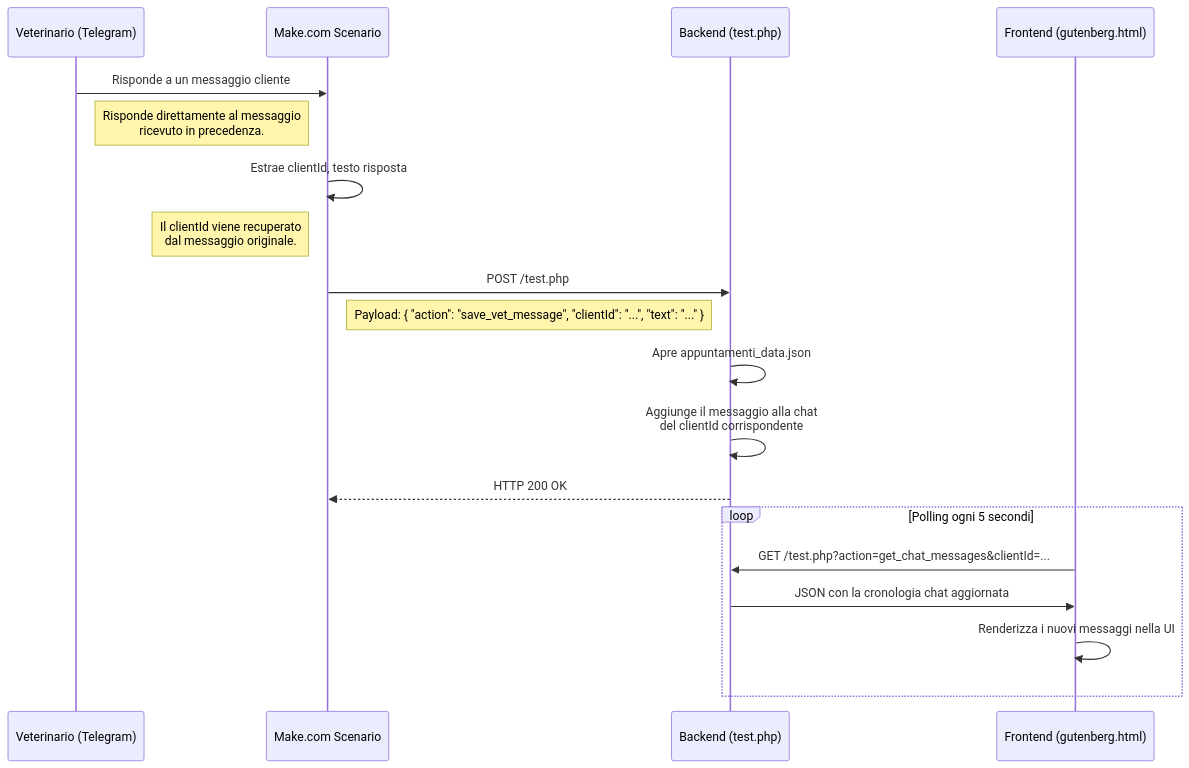
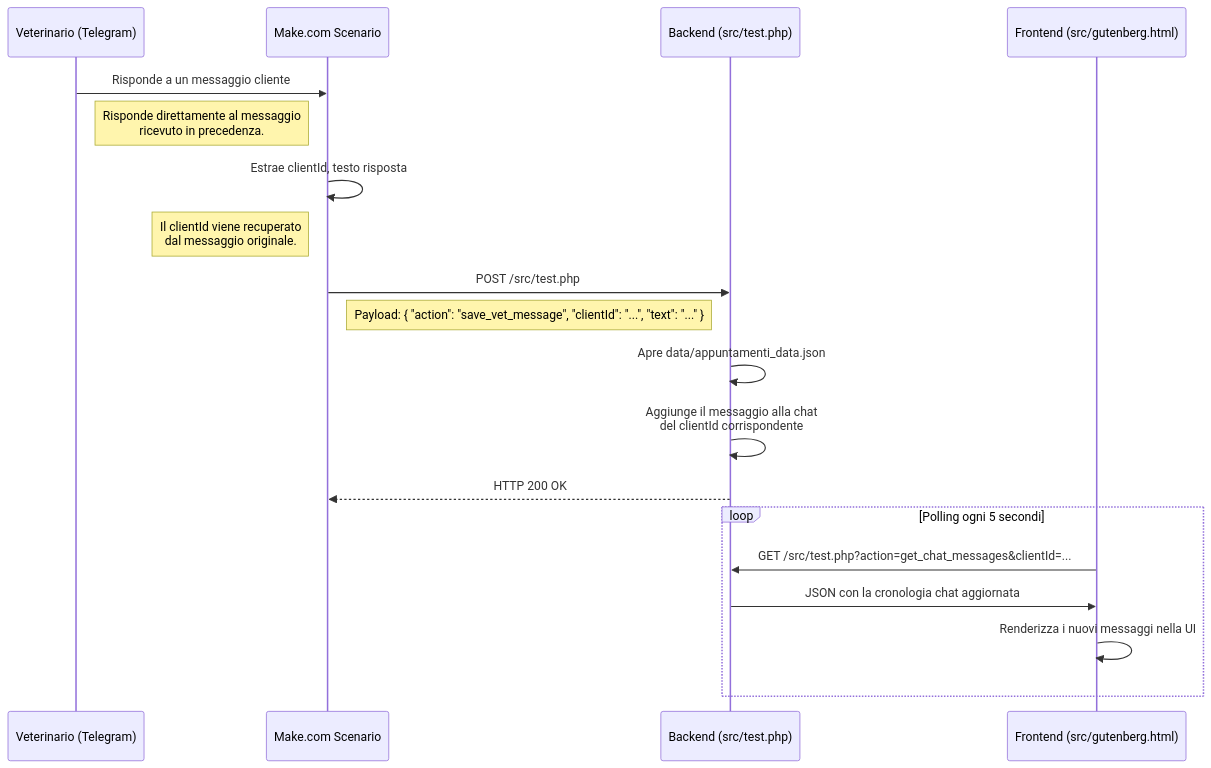
One commit to vettydevand/vettyBMAD changed the diagram in docs/architecture.md. Above: the diagram before and after it, drawn with Mermaid. The commit also changed other lines of this file and 10 other files, not shown here.

Commit message:
Refactor: Organize project structure into src, data, and integrations folders

````diff
--- a/docs/architecture.md
+++ b/docs/architecture.md
@@ -24,26 +24,26 @@
 ```mermaid
 sequenceDiagram
     participant Vet as Veterinario (Telegram)
     participant Make as Make.com Scenario
-    participant Backend as Backend (test.php)
-    participant Frontend as Frontend (gutenberg.html)
+    participant Backend as Backend (src/test.php)
+    participant Frontend as Frontend (src/gutenberg.html)
 
     Vet->>Make: Risponde a un messaggio cliente
     Note right of Vet: Risponde direttamente al messaggio<br>ricevuto in precedenza.
 
     Make->>Make: Estrae clientId, testo risposta
     Note left of Make: Il clientId viene recuperato<br>dal messaggio originale.
 
-    Make->>Backend: POST /test.php
+    Make->>Backend: POST /src/test.php
     Note right of Make: Payload: { "action": "save_vet_message", "clientId": "...", "text": "..." }
 
-    Backend->>Backend: Apre appuntamenti_data.json
+    Backend->>Backend: Apre data/appuntamenti_data.json
     Backend->>Backend: Aggiunge il messaggio alla chat<br>del clientId corrispondente
     Backend-->>Make: HTTP 200 OK
 
     loop Polling ogni 5 secondi
-        Frontend->>Backend: GET /test.php?action=get_chat_messages&clientId=...
+        Frontend->>Backend: GET /src/test.php?action=get_chat_messages&clientId=...
         Backend->>Frontend: JSON con la cronologia chat aggiornata
         Frontend->>Frontend: Renderizza i nuovi messaggi nella UI
     end
 ```
````
